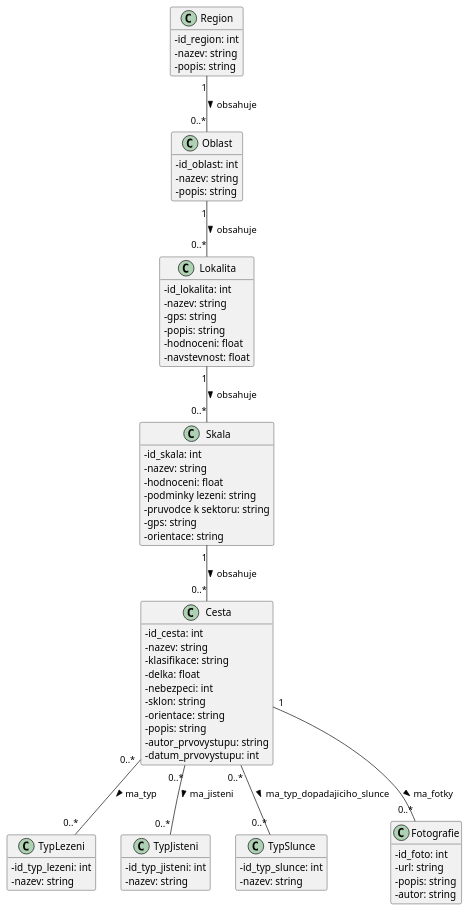
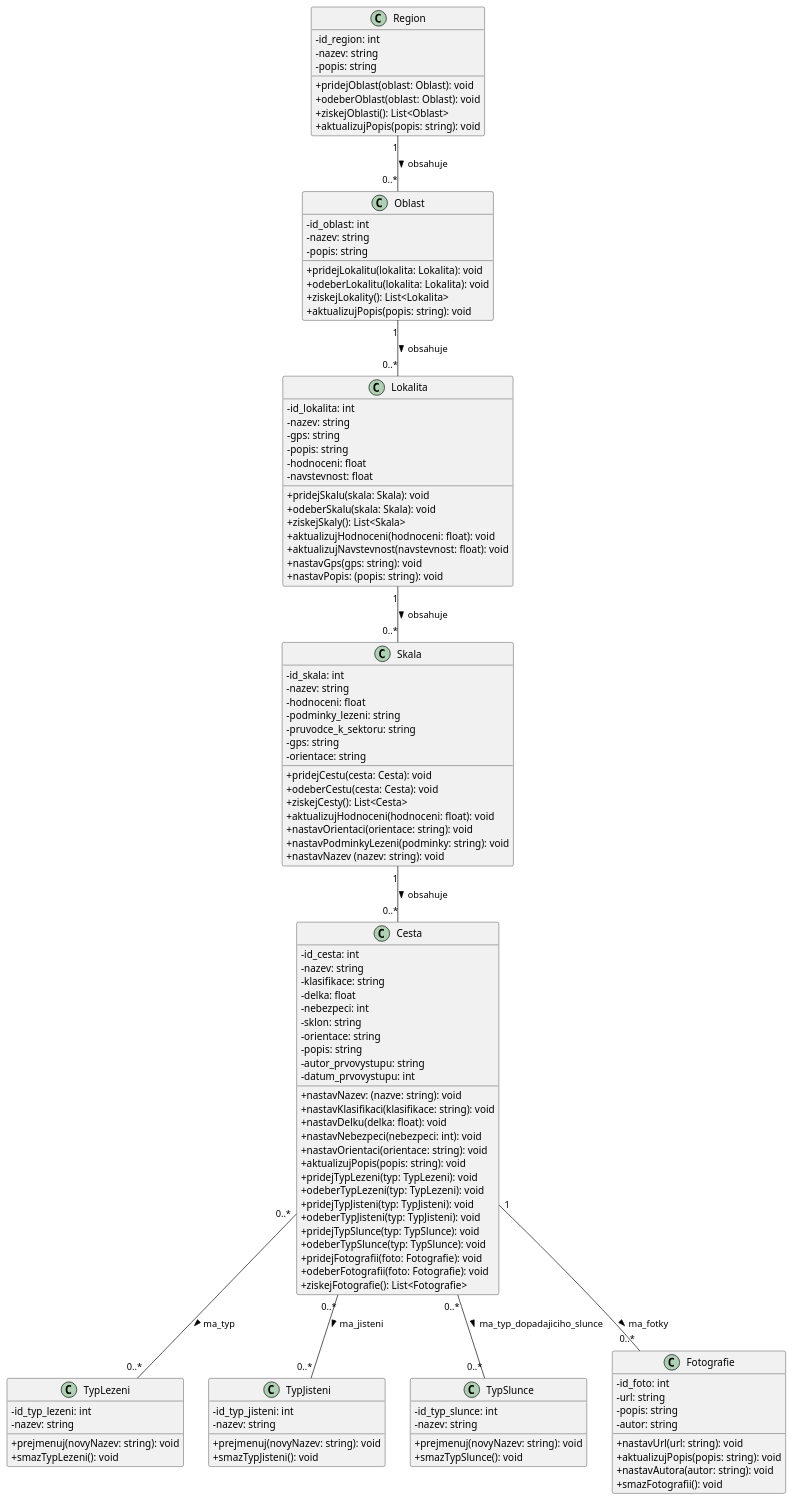
Before and after one commit to jrycho/PIS: the diagram in presentations/class-diagram.puml, drawn with PlantUML. The commit also changed 4 other files, not shown here.

```diff
--- a/presentations/class-diagram.puml
+++ b/presentations/class-diagram.puml
@@ -1,83 +1,126 @@
 @startuml
 skinparam classAttributeIconSize 0
-hide methods
 
 class Region {
   - id_region: int
   - nazev: string
   - popis: string
+  + pridejOblast(oblast: Oblast): void
+  + odeberOblast(oblast: Oblast): void
+  + ziskejOblasti(): List<Oblast>
+  + aktualizujPopis(popis: string): void
 }
 
 class Oblast {
   - id_oblast: int
   - nazev: string
   - popis: string
+  + pridejLokalitu(lokalita: Lokalita): void
+  + odeberLokalitu(lokalita: Lokalita): void
+  + ziskejLokality(): List<Lokalita>
+  + aktualizujPopis(popis: string): void
 }
 
 class Lokalita {
   - id_lokalita: int
   - nazev: string
   - gps: string
   - popis: string
   - hodnoceni: float
   - navstevnost: float
+  + pridejSkalu(skala: Skala): void
+  + odeberSkalu(skala: Skala): void
+  + ziskejSkaly(): List<Skala>
+  + aktualizujHodnoceni(hodnoceni: float): void
+  + aktualizujNavstevnost(navstevnost: float): void
+  + nastavGps(gps: string): void
+  + nastavPopis: (popis: string): void
 }
 
 class Skala {
   - id_skala: int
   - nazev: string
   - hodnoceni: float
-  - podminky lezeni: string
-  - pruvodce k sektoru: string
+  - podminky_lezeni: string
+  - pruvodce_k_sektoru: string
   - gps: string
   - orientace: string
+  + pridejCestu(cesta: Cesta): void
+  + odeberCestu(cesta: Cesta): void
+  + ziskejCesty(): List<Cesta>
+  + aktualizujHodnoceni(hodnoceni: float): void
+  + nastavOrientaci(orientace: string): void
+  + nastavPodminkyLezeni(podminky: string): void
+  + nastavNazev (nazev: string): void
 }
 
 class Cesta {
   - id_cesta: int
   - nazev: string
   - klasifikace: string
   - delka: float
   - nebezpeci: int
   - sklon: string
   - orientace: string
   - popis: string
   - autor_prvovystupu: string
   - datum_prvovystupu: int
-
+  + nastavNazev: (nazve: string): void
+  + nastavKlasifikaci(klasifikace: string): void
+  + nastavDelku(delka: float): void
+  + nastavNebezpeci(nebezpeci: int): void
+  + nastavOrientaci(orientace: string): void
+  + aktualizujPopis(popis: string): void
+  + pridejTypLezeni(typ: TypLezeni): void
+  + odeberTypLezeni(typ: TypLezeni): void
+  + pridejTypJisteni(typ: TypJisteni): void
+  + odeberTypJisteni(typ: TypJisteni): void
+  + pridejTypSlunce(typ: TypSlunce): void
+  + odeberTypSlunce(typ: TypSlunce): void
+  + pridejFotografii(foto: Fotografie): void
+  + odeberFotografii(foto: Fotografie): void
+  + ziskejFotografie(): List<Fotografie>
 }
 
 class TypLezeni {
   - id_typ_lezeni: int
   - nazev: string
+  + prejmenuj(novyNazev: string): void
+  + smazTypLezeni(): void
 }
 
 class TypJisteni {
   - id_typ_jisteni: int
   - nazev: string
+  + prejmenuj(novyNazev: string): void
+  + smazTypJisteni(): void
 }
 
 class TypSlunce {
   - id_typ_slunce: int
   - nazev: string
+  + prejmenuj(novyNazev: string): void
+  + smazTypSlunce(): void
 }
 
 class Fotografie {
   - id_foto: int
   - url: string
   - popis: string
   - autor: string
+  + nastavUrl(url: string): void
+  + aktualizujPopis(popis: string): void
+  + nastavAutora(autor: string): void
+  + smazFotografii(): void
 }
-
-
 
 Region "1" -- "0..*" Oblast : obsahuje >
 Oblast "1" -- "0..*" Lokalita : obsahuje >
 Lokalita "1" -- "0..*" Skala : obsahuje >
 Skala "1" -- "0..*" Cesta : obsahuje >
 
 Cesta "0..*" -- "0..*" TypLezeni : ma_typ >
 Cesta "0..*" -- "0..*" TypJisteni : ma_jisteni >
 Cesta "0..*" -- "0..*" TypSlunce : ma_typ_dopadajiciho_slunce >
 Cesta "1" -- "0..*" Fotografie : ma_fotky >
 @enduml
```
